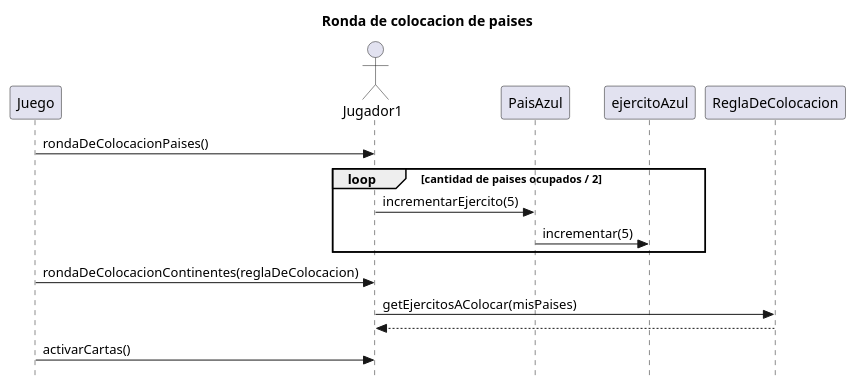
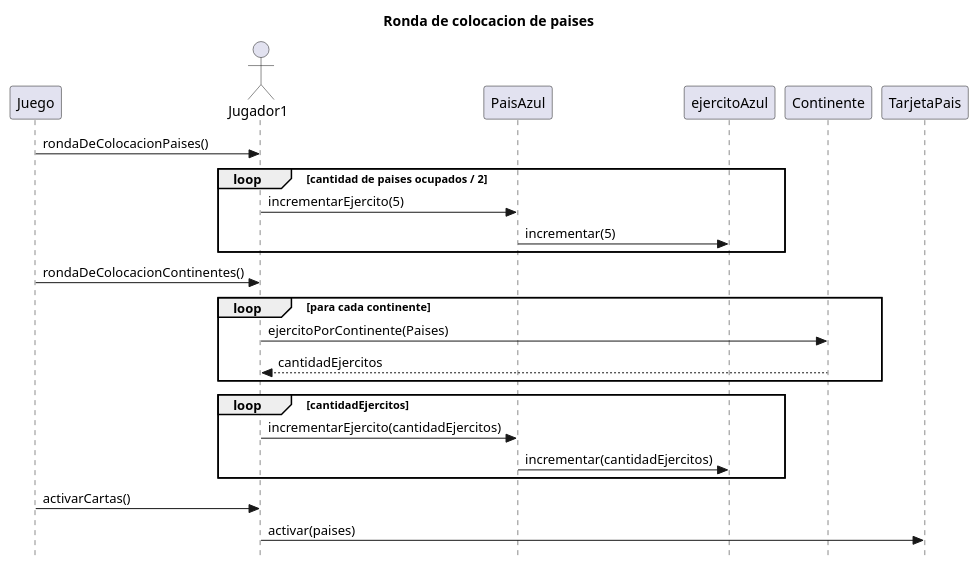
Before and after one commit to valengutierrez/algo3_tp2: the diagram in diagramas/secuenciaColocacionPaises.puml, drawn with PlantUML. The commit also changed 7 other files, not shown here.

Commit message:
Codigo y pruebas para agregado de ejercito en ronda de colocacion

```diff
--- a/diagramas/secuenciaColocacionPaises.puml
+++ b/diagramas/secuenciaColocacionPaises.puml
@@ -1,22 +1,32 @@
 @startuml Diagrama de secuencia - hay clases presenciales
 title Ronda de colocacion de paises
 skinparam style strictuml
 
 participant Juego
 actor Jugador1 as JugadorAzul
 participant PaisAzul
 participant ejercitoAzul
+participant Continente
+participant TarjetaPais
 
 Juego -> JugadorAzul: rondaDeColocacionPaises()
 loop cantidad de paises ocupados / 2
 	JugadorAzul -> PaisAzul: incrementarEjercito(5)
 	PaisAzul -> ejercitoAzul: incrementar(5)
 end 
 
-Juego -> JugadorAzul: rondaDeColocacionContinentes(reglaDeColocacion)
-JugadorAzul -> ReglaDeColocacion: getEjercitosAColocar(misPaises)
-return 
+Juego -> JugadorAzul: rondaDeColocacionContinentes()
+loop para cada continente
+    JugadorAzul -> Continente: ejercitoPorContinente(Paises)
+    return cantidadEjercitos
+end
+loop cantidadEjercitos
+	JugadorAzul -> PaisAzul: incrementarEjercito(cantidadEjercitos)
+	PaisAzul -> ejercitoAzul: incrementar(cantidadEjercitos)
+end
+
 Juego -> JugadorAzul: activarCartas()
+JugadorAzul -> TarjetaPais: activar(paises)
 
 
 @enduml
```
